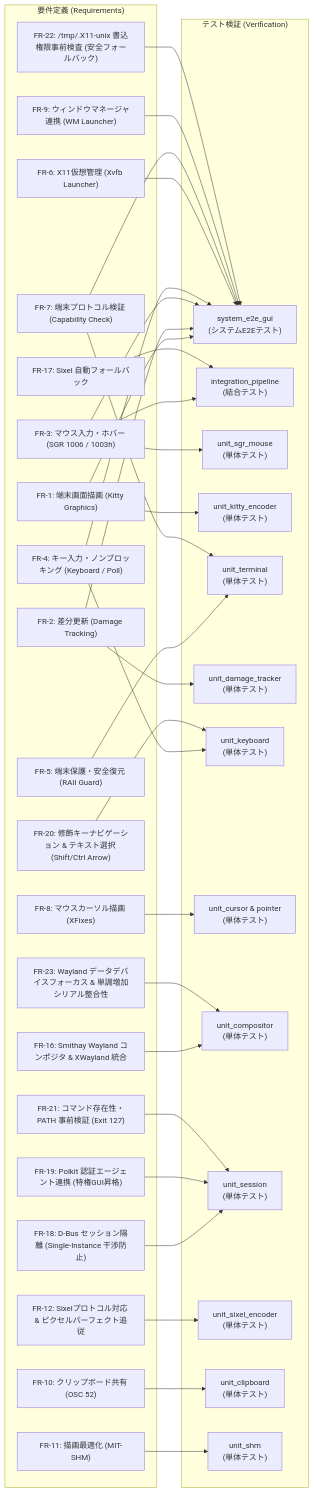
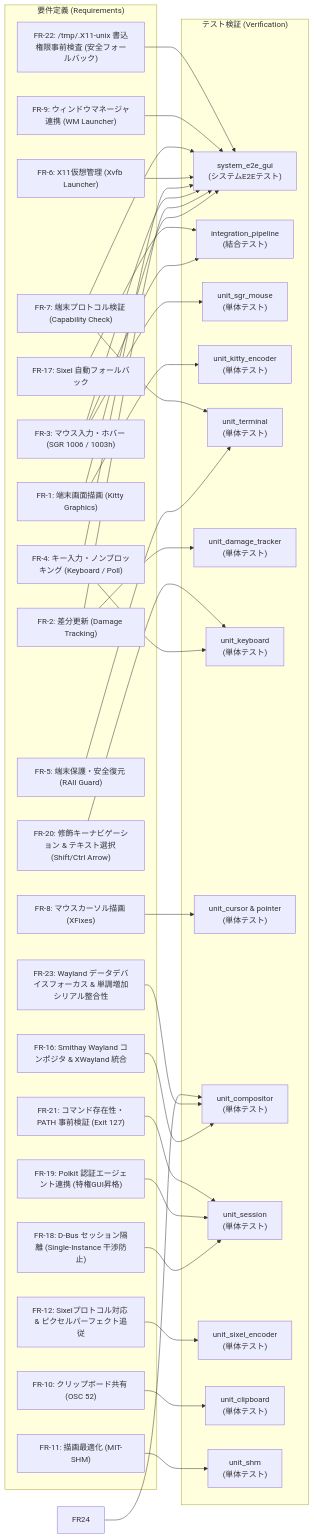
One commit to totatake/termway changed the diagram in docs/SPECIFICATION.md. Above: the diagram before and after it, drawn with Mermaid. The commit also changed other lines of this file and 7 other files, not shown here.

````diff
--- a/docs/SPECIFICATION.md
+++ b/docs/SPECIFICATION.md
@@ -9,68 +9,69 @@
 ```mermaid
 flowchart LR
     subgraph Requirements["要件定義 (Requirements)"]
         FR1["FR-1: 端末画面描画 (Kitty Graphics)"]
         FR2["FR-2: 差分更新 (Damage Tracking)"]
         FR3["FR-3: マウス入力・ホバー (SGR 1006 / 1003h)"]
         FR4["FR-4: キー入力・ノンブロッキング (Keyboard / Poll)"]
         FR5["FR-5: 端末保護・安全復元 (RAII Guard)"]
         FR6["FR-6: X11仮想管理 (Xvfb Launcher)"]
         FR7["FR-7: 端末プロトコル検証 (Capability Check)"]
         FR8["FR-8: マウスカーソル描画 (XFixes)"]
         FR9["FR-9: ウィンドウマネージャ連携 (WM Launcher)"]
         FR10["FR-10: クリップボード共有 (OSC 52)"]
         FR11["FR-11: 描画最適化 (MIT-SHM)"]
         FR12["FR-12: Sixelプロトコル対応 & ピクセルパーフェクト追従"]
         FR16["FR-16: Smithay Wayland コンポジタ & XWayland 統合"]
         FR17["FR-17: Sixel 自動フォールバック"]
         FR18["FR-18: D-Bus セッション隔離 (Single-Instance 干渉防止)"]
         FR19["FR-19: Polkit 認証エージェント連携 (特権GUI昇格)"]
         FR20["FR-20: 修飾キーナビゲーション & テキスト選択 (Shift/Ctrl Arrow)"]
         FR21["FR-21: コマンド存在性・PATH 事前検証 (Exit 127)"]
         FR22["FR-22: /tmp/.X11-unix 書込権限事前検査 (安全フォールバック)"]
         FR23["FR-23: Wayland データデバイスフォーカス & 単調増加シリアル整合性"]
     end
 
     subgraph Verification["テスト検証 (Verification)"]
         T_Sys["system_e2e_gui<br/>(システムE2Eテスト)"]
         T_Integ["integration_pipeline<br/>(結合テスト)"]
         T_Mouse["unit_sgr_mouse<br/>(単体テスト)"]
         T_Kitty["unit_kitty_encoder<br/>(単体テスト)"]
         T_Term["unit_terminal<br/>(単体テスト)"]
         T_Damage["unit_damage_tracker<br/>(単体テスト)"]
         T_Key["unit_keyboard<br/>(単体テスト)"]
         T_Cursor["unit_cursor & pointer<br/>(単体テスト)"]
         T_Comp["unit_compositor<br/>(単体テスト)"]
         T_Sess["unit_session<br/>(単体テスト)"]
         T_Sixel["unit_sixel_encoder<br/>(単体テスト)"]
         T_Clip["unit_clipboard<br/>(単体テスト)"]
         T_Shm["unit_shm<br/>(単体テスト)"]
     end
 
     FR1 --> T_Kitty
     FR1 --> T_Sys
     FR2 --> T_Damage
     FR2 --> T_Sys
     FR3 --> T_Mouse
     FR3 --> T_Integ
     FR3 --> T_Sys
     FR4 --> T_Key
     FR4 --> T_Sys
     FR5 --> T_Term
     FR6 --> T_Sys
     FR7 --> T_Term
     FR7 --> T_Sys
     FR8 --> T_Cursor
     FR9 --> T_Sys
     FR10 --> T_Clip
     FR11 --> T_Shm
     FR12 --> T_Sixel
     FR16 --> T_Comp
     FR17 --> T_Integ
     FR18 --> T_Sess
     FR19 --> T_Sess
     FR20 --> T_Key
     FR21 --> T_Sess
     FR22 --> T_Sys
     FR23 --> T_Comp
+    FR24 --> T_Comp
 ```
````
